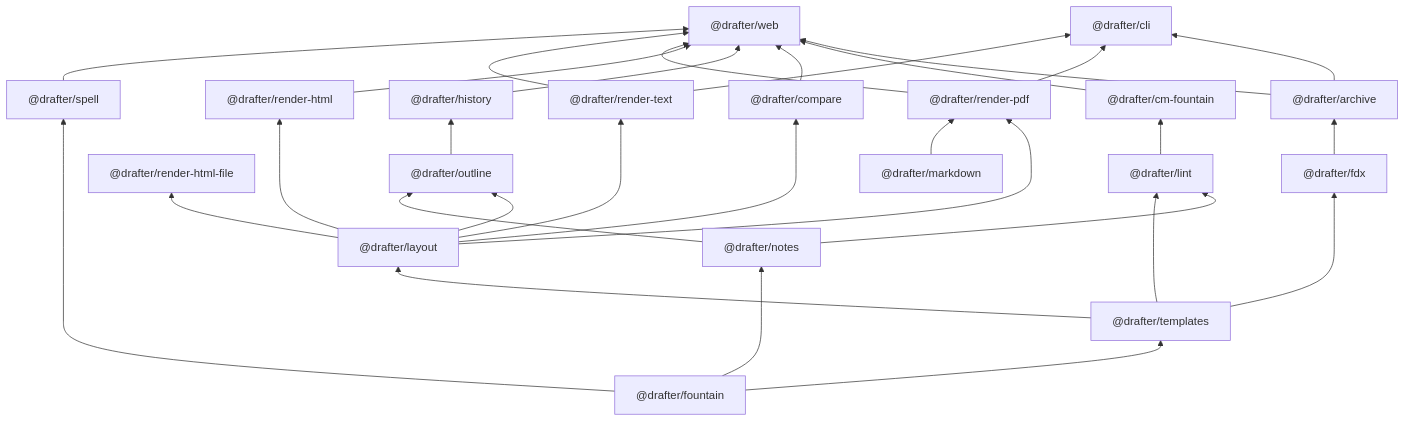
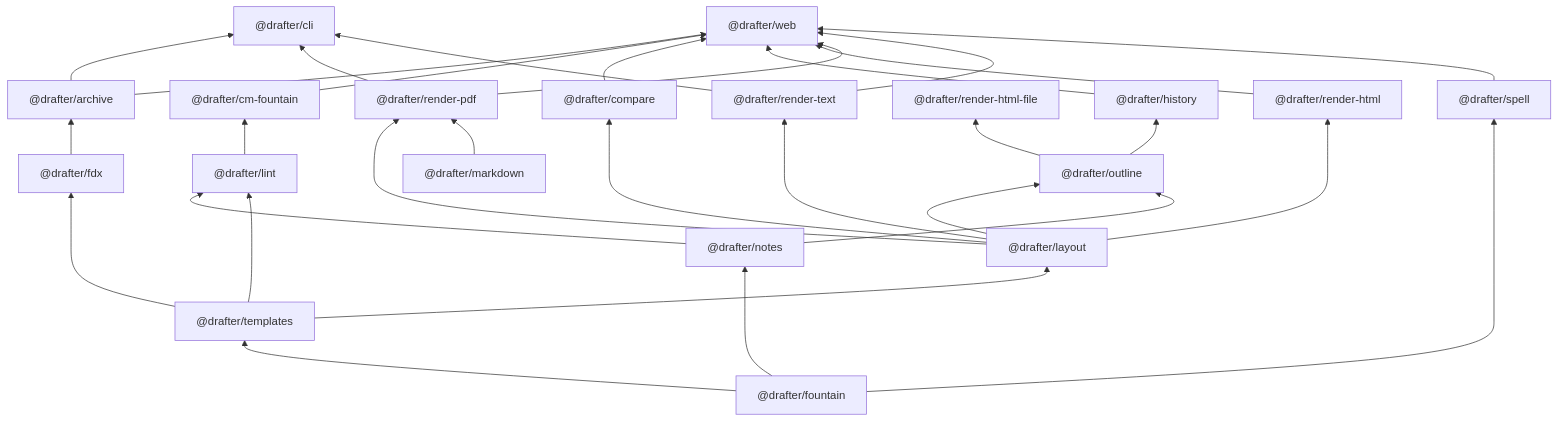
Before and after one commit to cschweda/drafter: the first of 5 diagrams in docs/technical-details.md, drawn with Mermaid. The commit also changed 16 other files, not shown here.

First line of the commit message:
feat(render-html-file): the reading view, the scene band, and a script's whole file

````diff
--- a/docs/technical-details.md
+++ b/docs/technical-details.md
@@ -36,51 +36,51 @@
 ```mermaid
 flowchart BT
   web["@drafter/web"]
   cli["@drafter/cli"]
   cm_fountain["@drafter/cm-fountain"]
   outline["@drafter/outline"]
   compare["@drafter/compare"]
   history["@drafter/history"]
   render_pdf["@drafter/render-pdf"]
   render_html["@drafter/render-html"]
   render_html_file["@drafter/render-html-file"]
   render_text["@drafter/render-text"]
   layout["@drafter/layout"]
   lint["@drafter/lint"]
   fdx["@drafter/fdx"]
   archive["@drafter/archive"]
   templates["@drafter/templates"]
   notes["@drafter/notes"]
   spell["@drafter/spell"]
   markdown["@drafter/markdown"]
   fountain["@drafter/fountain"]
   archive --> web
   cm_fountain --> web
   compare --> web
   history --> web
   render_html --> web
   render_pdf --> web
   render_text --> web
   spell --> web
   archive --> cli
   render_pdf --> cli
   render_text --> cli
   lint --> cm_fountain
   layout --> outline
   notes --> outline
   layout --> compare
   outline --> history
   layout --> render_pdf
   markdown --> render_pdf
   layout --> render_html
-  layout --> render_html_file
+  outline --> render_html_file
   layout --> render_text
   templates --> layout
   notes --> lint
   templates --> lint
   templates --> fdx
   fdx --> archive
   fountain --> templates
   fountain --> notes
   fountain --> spell
 ```
````
